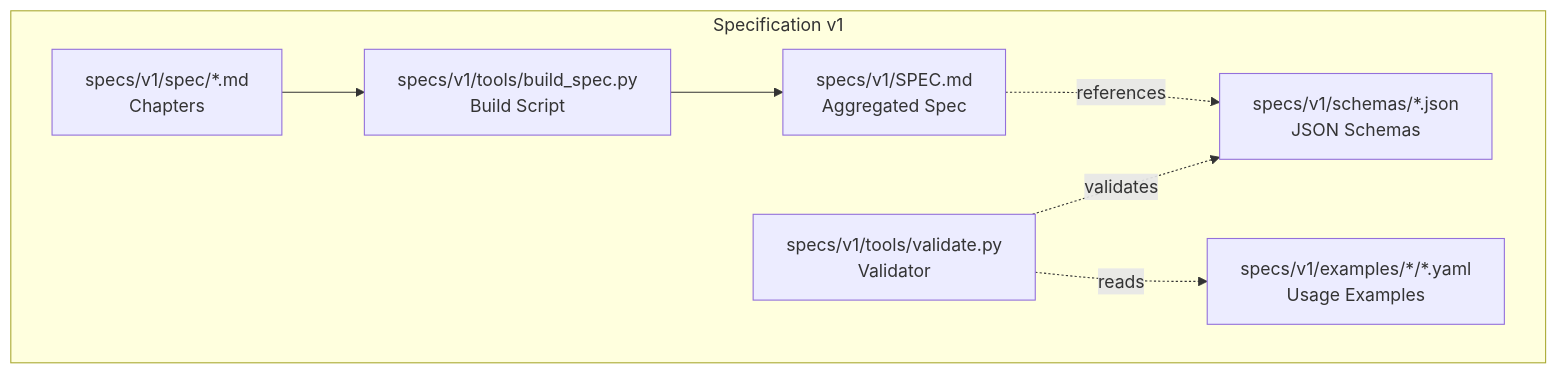
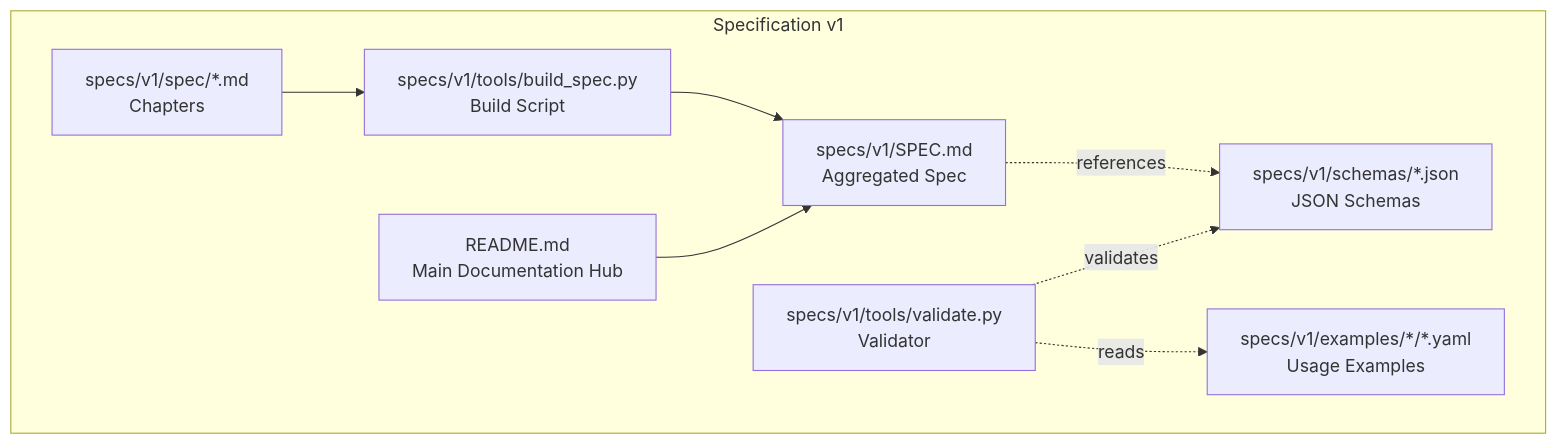
One commit to asukhodko/opskarta changed the first of 5 diagrams in .qoder/repowiki/en/content/Project Overview/Specification Versions and Evolution.md. Above: the diagram before and after it, drawn with Mermaid. The commit also changed other lines of this file and 6 other files, not shown here.

````diff
--- a/.qoder/repowiki/en/content/Project Overview/Specification Versions and Evolution.md
+++ b/.qoder/repowiki/en/content/Project Overview/Specification Versions and Evolution.md
@@ -46,15 +56,17 @@
 ```mermaid
 graph TB
 subgraph "Specification v1"
 A["specs/v1/spec/*.md<br/>Chapters"]
 B["specs/v1/SPEC.md<br/>Aggregated Spec"]
 C["specs/v1/tools/build_spec.py<br/>Build Script"]
 D["specs/v1/tools/validate.py<br/>Validator"]
 E["specs/v1/schemas/*.json<br/>JSON Schemas"]
 F["specs/v1/examples/*/*.yaml<br/>Usage Examples"]
+G["README.md<br/>Main Documentation Hub"]
 end
 A --> C --> B
 B -. references .-> E
 D -. validates .-> E
 D -. reads .-> F
+G --> B
 ```
````
